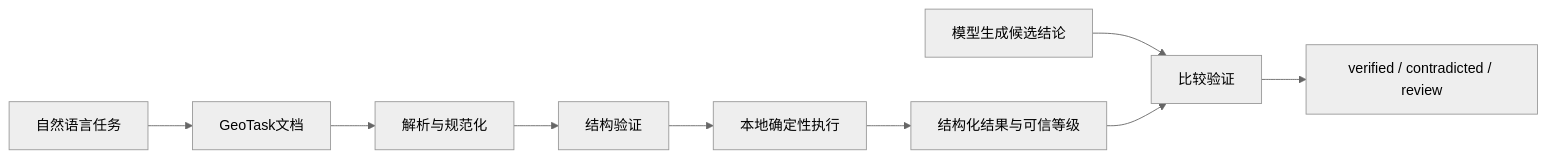
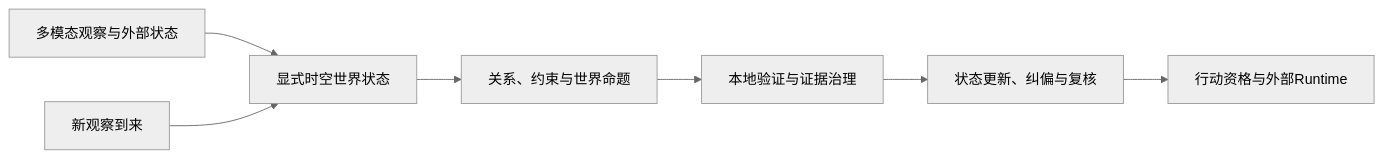
The diagram in README.md (stpku/GeoTask), drawn with Mermaid (neutral theme) before and after one commit. The commit also changed other lines of this file and 125 other files, not shown here.

````diff
--- a/README.md
+++ b/README.md
@@ -53,11 +56,9 @@
 ```mermaid
 flowchart LR
-  A[自然语言任务] --> B[GeoTask文档]
-  B --> C[解析与规范化]
-  C --> D[结构验证]
-  D --> E[本地确定性执行]
-  E --> F[结构化结果与可信等级]
-  M[模型生成候选结论] --> G[比较验证]
-  F --> G
-  G --> H[verified / contradicted / review]
+  O[多模态观察与外部状态] --> W[显式时空世界状态]
+  W --> R[关系、约束与世界命题]
+  R --> V[本地验证与证据治理]
+  V --> U[状态更新、纠偏与复核]
+  U --> G[行动资格与外部Runtime]
+  N[新观察到来] --> W
 ```
````
